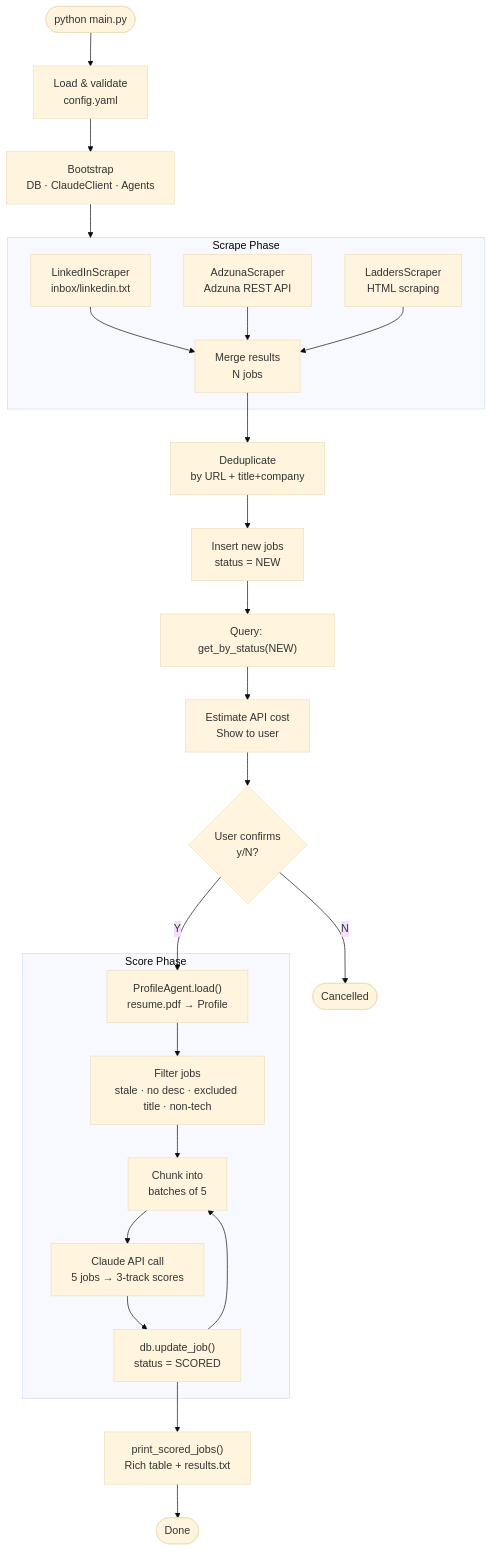
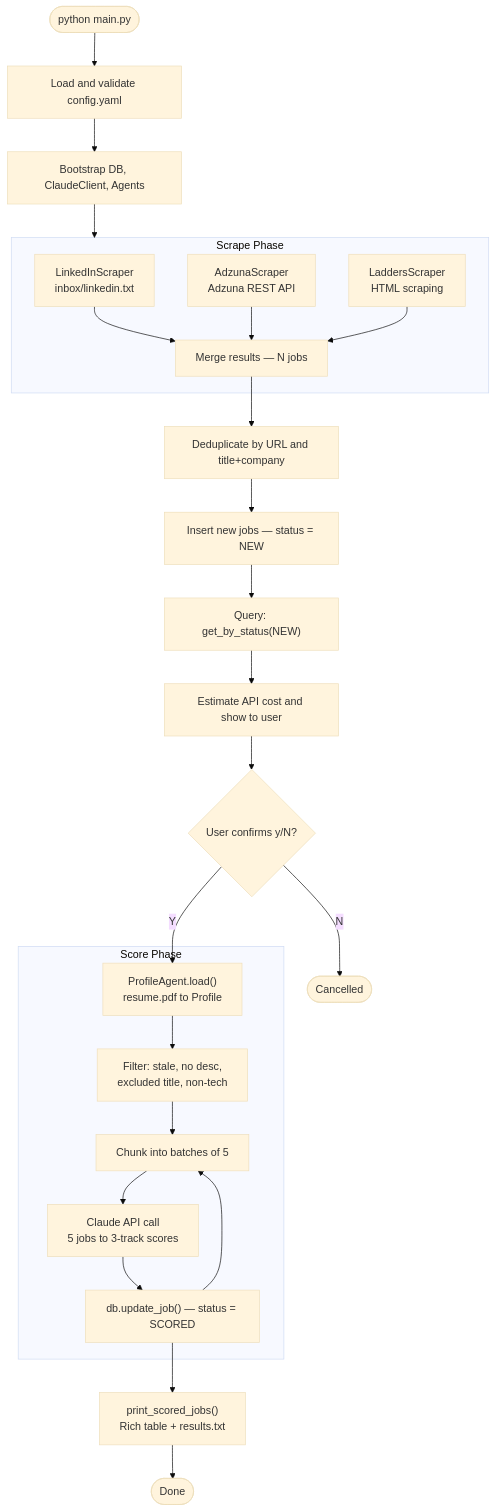
One commit to suthrams/jobsearchagent changed the second of 10 diagrams in docs/architecture.md. Above: the diagram before and after it, drawn with Mermaid (base theme). The commit also changed other lines of this file, not shown here.

First line of the commit message:
Fix Mermaid diagram syntax for GitHub renderer

````diff
--- a/docs/architecture.md
+++ b/docs/architecture.md
@@ -74,34 +73,34 @@
 ```mermaid
 flowchart TD
-    START([python main.py]) --> CONFIG[Load & validate\nconfig.yaml]
-    CONFIG --> BOOT[Bootstrap\nDB · ClaudeClient · Agents]
+    START([python main.py]) --> CONFIG[Load and validate config.yaml]
+    CONFIG --> BOOT[Bootstrap DB, ClaudeClient, Agents]
     BOOT --> SCRAPE
 
     subgraph SCRAPE["Scrape Phase"]
         S1["LinkedInScraper\ninbox/linkedin.txt"]
         S2["AdzunaScraper\nAdzuna REST API"]
         S3["LaddersScraper\nHTML scraping"]
-        S1 & S2 & S3 --> MERGE["Merge results\nN jobs"]
+        S1 & S2 & S3 --> MERGE["Merge results — N jobs"]
     end
 
-    MERGE --> DEDUP["Deduplicate\nby URL + title+company"]
-    DEDUP --> INSERT["Insert new jobs\nstatus = NEW"]
+    MERGE --> DEDUP["Deduplicate by URL and title+company"]
+    DEDUP --> INSERT["Insert new jobs — status = NEW"]
     INSERT --> UNSCORED["Query: get_by_status(NEW)"]
 
-    UNSCORED --> ESTIMATE["Estimate API cost\nShow to user"]
-    ESTIMATE --> CONFIRM{User confirms\ny/N?}
+    UNSCORED --> ESTIMATE["Estimate API cost and show to user"]
+    ESTIMATE --> CONFIRM{User confirms y/N?}
     CONFIRM -- N --> CANCEL([Cancelled])
     CONFIRM -- Y --> PROFILE
 
     subgraph SCORE["Score Phase"]
-        PROFILE["ProfileAgent.load()\nresume.pdf → Profile"]
-        PROFILE --> FILTER["Filter jobs\nstale · no desc · excluded title · non-tech"]
-        FILTER --> BATCH["Chunk into\nbatches of 5"]
-        BATCH --> CLAUDE["Claude API call\n5 jobs → 3-track scores"]
-        CLAUDE --> SAVE["db.update_job()\nstatus = SCORED"]
+        PROFILE["ProfileAgent.load()\nresume.pdf to Profile"]
+        PROFILE --> FILTER["Filter: stale, no desc,\nexcluded title, non-tech"]
+        FILTER --> BATCH["Chunk into batches of 5"]
+        BATCH --> CLAUDE["Claude API call\n5 jobs to 3-track scores"]
+        CLAUDE --> SAVE["db.update_job() — status = SCORED"]
         SAVE --> BATCH
     end
 
     SAVE --> DISPLAY["print_scored_jobs()\nRich table + results.txt"]
     DISPLAY --> END([Done])
 ```
````
